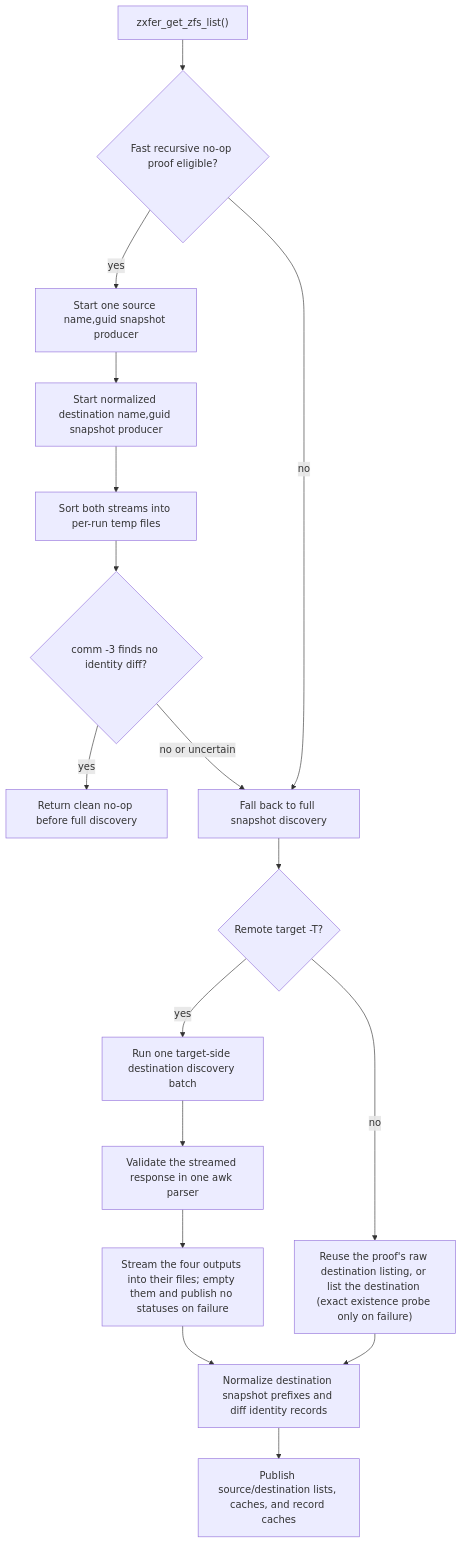
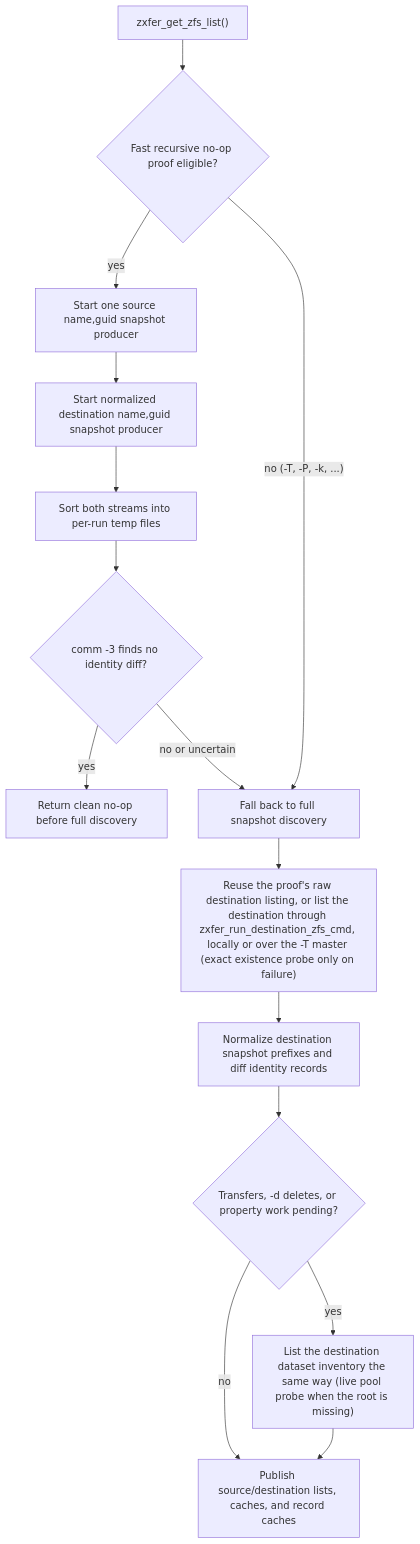
One commit to totalAldo/zxfer changed the second of 8 diagrams in docs/architecture.md. Above: the diagram before and after it, drawn with Mermaid. The commit also changed other lines of this file and 24 other files, not shown here.

First line of the commit message:
Discovery: list a -T destination like a local one

````diff
--- a/docs/architecture.md
+++ b/docs/architecture.md
@@ -526,19 +518,17 @@
 ```mermaid
 flowchart TD
     A["zxfer_get_zfs_list()"] --> B{"Fast recursive no-op proof eligible?"}
     B -- "yes" --> C["Start one source name,guid snapshot producer"]
     C --> D["Start normalized destination name,guid snapshot producer"]
     D --> E["Sort both streams into per-run temp files"]
     E --> F{"comm -3 finds no identity diff?"}
     F -- "yes" --> G["Return clean no-op before full discovery"]
     F -- "no or uncertain" --> H["Fall back to full snapshot discovery"]
-    B -- "no" --> H
-    H --> I{"Remote target -T?"}
-    I -- "yes" --> J["Run one target-side destination discovery batch"]
-    J --> K["Validate the streamed response in one awk parser"]
-    I -- "no" --> L["Reuse the proof's raw destination listing, or list the destination (exact existence probe only on failure)"]
-    K --> P["Stream the four outputs into their files; empty them and publish no statuses on failure"]
-    P --> M["Normalize destination snapshot prefixes and diff identity records"]
-    L --> M
-    M --> N["Publish source/destination lists, caches, and record caches"]
+    B -- "no (-T, -P, -k, ...)" --> H
+    H --> L["Reuse the proof's raw destination listing, or list the destination through zxfer_run_destination_zfs_cmd, locally or over the -T master (exact existence probe only on failure)"]
+    L --> M["Normalize destination snapshot prefixes and diff identity records"]
+    M --> I{"Transfers, -d deletes, or property work pending?"}
+    I -- "yes" --> J["List the destination dataset inventory the same way (live pool probe when the root is missing)"]
+    I -- "no" --> N["Publish source/destination lists, caches, and record caches"]
+    J --> N
 ```
````
